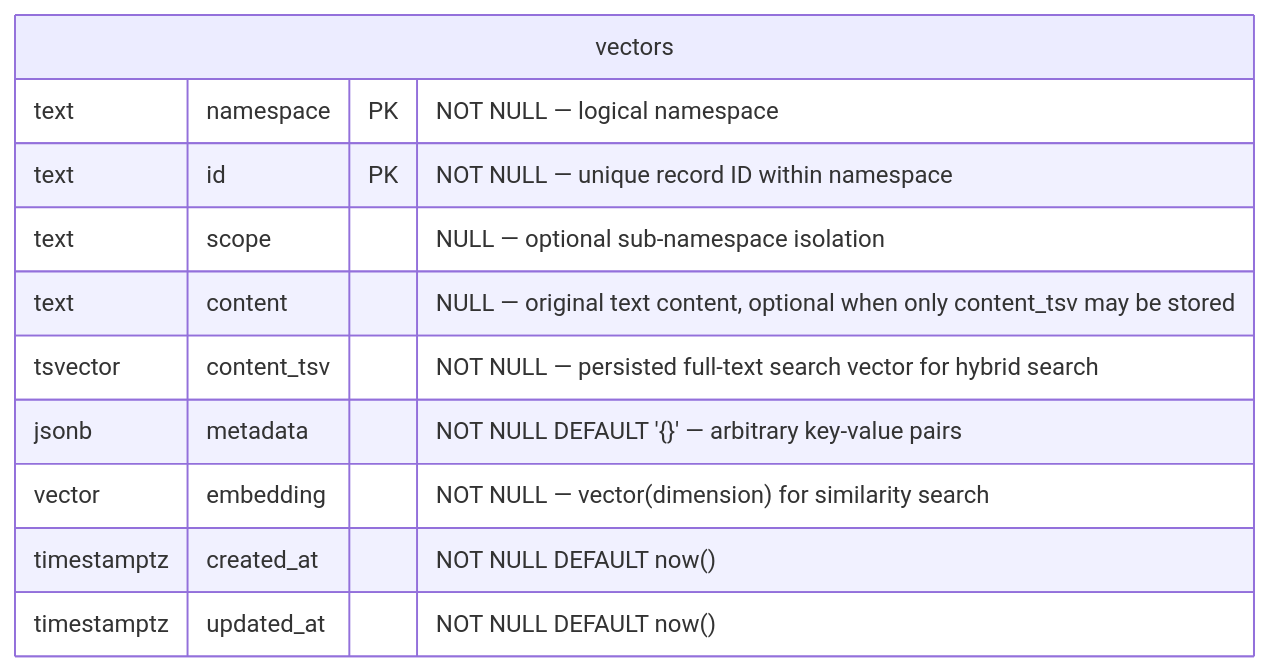
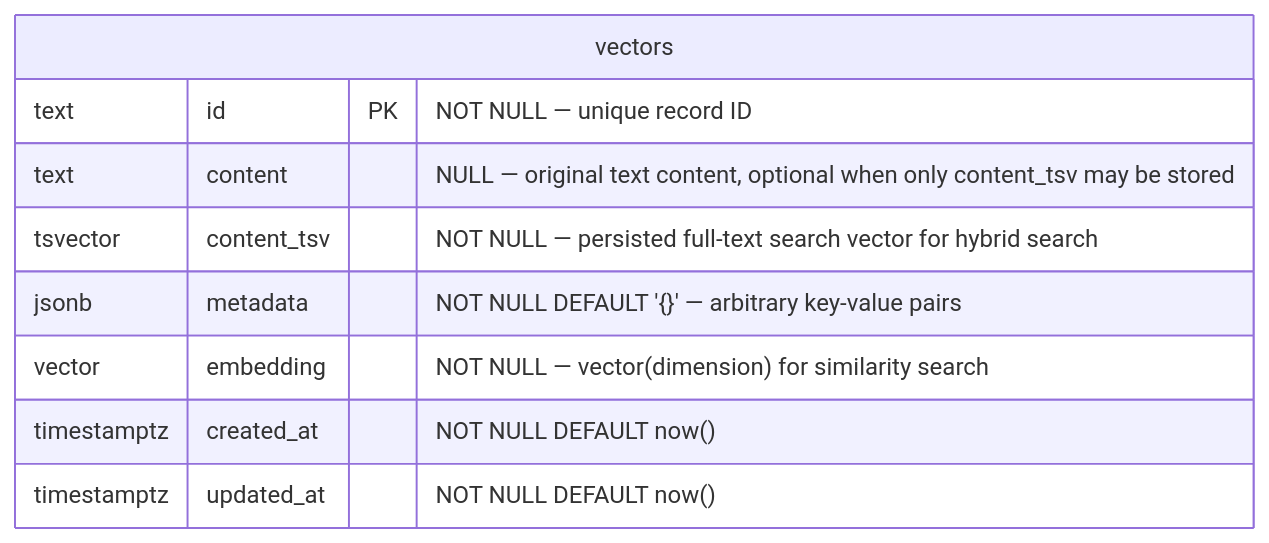
One commit to AJ-comp/Mythosia.AI changed the diagram in src/vectordb/Mythosia.VectorDb.Postgres/README.md. Above: the diagram before and after it, drawn with Mermaid. The commit also changed other lines of this file and 27 other files, not shown here.

First line of the commit message:
refactor(vectordb): remove namespace/scope from Abstractions API surface and update all backends

````diff
--- a/src/vectordb/Mythosia.VectorDb.Postgres/README.md
+++ b/src/vectordb/Mythosia.VectorDb.Postgres/README.md
@@ -132,14 +50,12 @@
 ```mermaid
 erDiagram
     vectors {
-        text namespace PK "NOT NULL — logical namespace"
-        text id PK "NOT NULL — unique record ID within namespace"
-        text scope "NULL — optional sub-namespace isolation"
+        text id PK "NOT NULL — unique record ID"
         text content "NULL — original text content, optional when only content_tsv may be stored"
         tsvector content_tsv "NOT NULL — persisted full-text search vector for hybrid search"
         jsonb metadata "NOT NULL DEFAULT '{}' — arbitrary key-value pairs"
         vector embedding "NOT NULL — vector(dimension) for similarity search"
         timestamptz created_at "NOT NULL DEFAULT now()"
         timestamptz updated_at "NOT NULL DEFAULT now()"
     }
 ```
````
